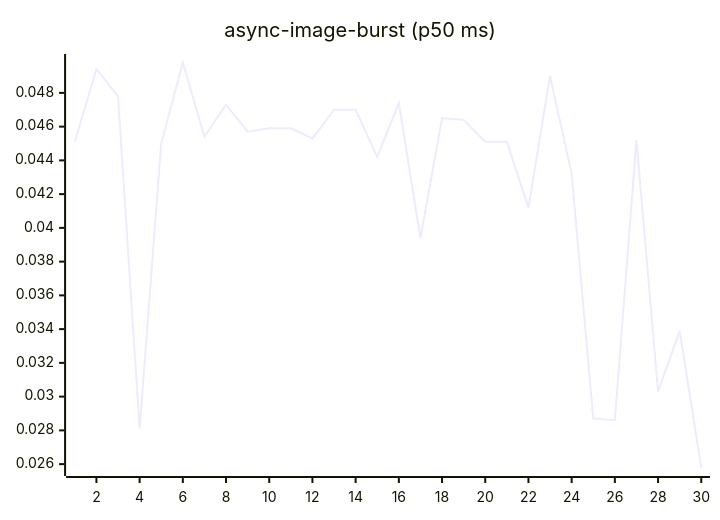
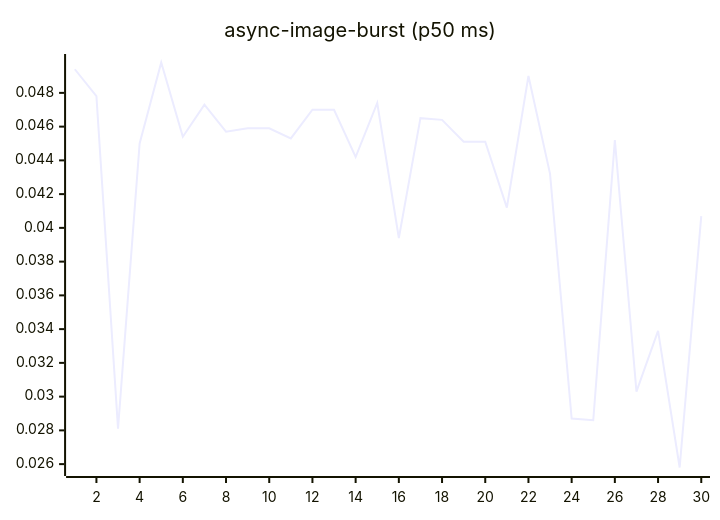
One commit to josha/Facet changed the fourth of 27 diagrams in README.md. Above: the diagram before and after it, drawn with Mermaid. The commit also changed other lines of this file and 2 other files, not shown here.

````diff
--- a/README.md
+++ b/README.md
@@ -84,6 +84,6 @@
 ```mermaid
 xychart-beta
     title "async-image-burst (p50 ms)"
     x-axis 1 --> 30
-    line [0.0451, 0.0494, 0.0478, 0.0281, 0.0450, 0.0498, 0.0454, 0.0473, 0.0457, 0.0459, 0.0459, 0.0453, 0.0470, 0.0470, 0.0442, 0.0474, 0.0394, 0.0465, 0.0464, 0.0451, 0.0451, 0.0412, 0.0490, 0.0432, 0.0287, 0.0286, 0.0452, 0.0303, 0.0339, 0.0258]
+    line [0.0494, 0.0478, 0.0281, 0.0450, 0.0498, 0.0454, 0.0473, 0.0457, 0.0459, 0.0459, 0.0453, 0.0470, 0.0470, 0.0442, 0.0474, 0.0394, 0.0465, 0.0464, 0.0451, 0.0451, 0.0412, 0.0490, 0.0432, 0.0287, 0.0286, 0.0452, 0.0303, 0.0339, 0.0258, 0.0407]
 ```
````
